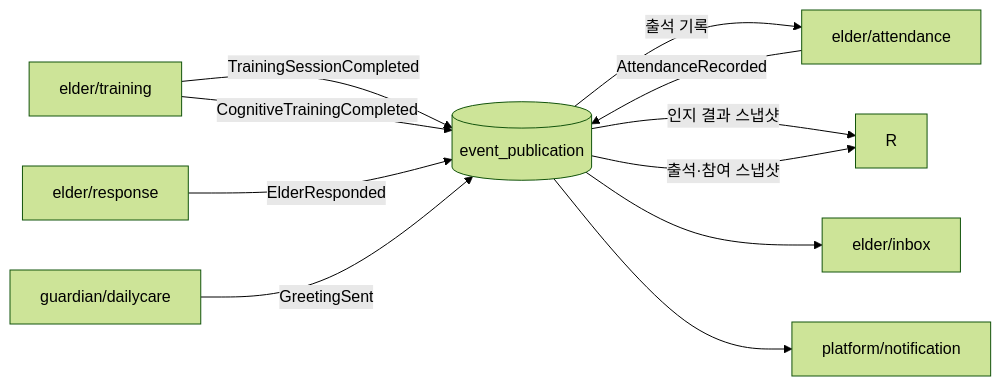
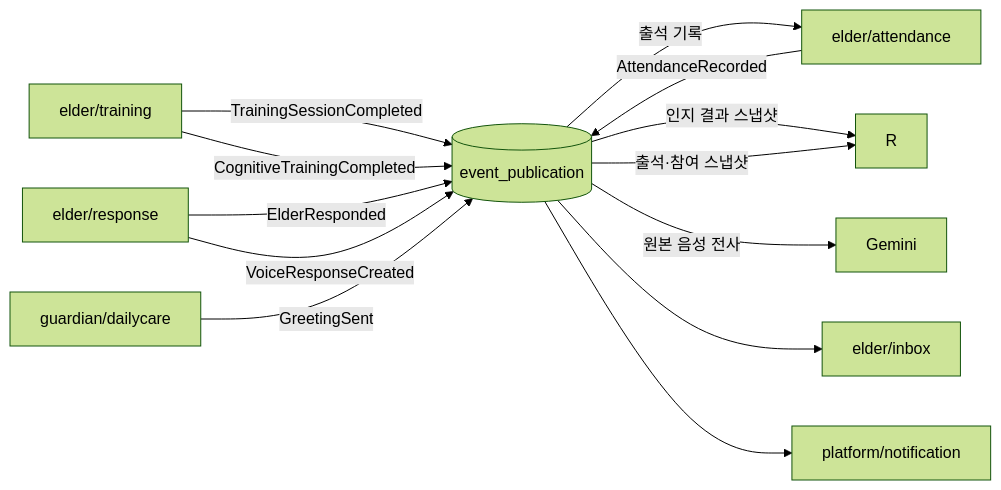
One commit to memeboomemeboo/haemi-server-v2 changed the fourth of 5 diagrams in docs/v2-architecture.md. Above: the diagram before and after it, drawn with Mermaid (forest theme). The commit also changed other lines of this file and 29 other files, not shown here.

````diff
--- a/docs/v2-architecture.md
+++ b/docs/v2-architecture.md
@@ -264,13 +266,15 @@
 ```mermaid
 flowchart LR
     T[elder/training] -->|TrainingSessionCompleted| OB[(event_publication)]
     OB -->|출석 기록| AT[elder/attendance]
     T -->|CognitiveTrainingCompleted| OB
     OB -->|인지 결과 스냅샷| R
     AT -->|AttendanceRecorded| OB
     OB -->|출석·참여 스냅샷| R
     RS[elder/response] -->|ElderResponded| OB
+    RS -->|VoiceResponseCreated| OB
+    OB -->|원본 음성 전사| GM[Gemini]
     DC[guardian/dailycare] -->|GreetingSent| OB
     OB --> IB[elder/inbox]
     OB --> N[platform/notification]
 ```
````
